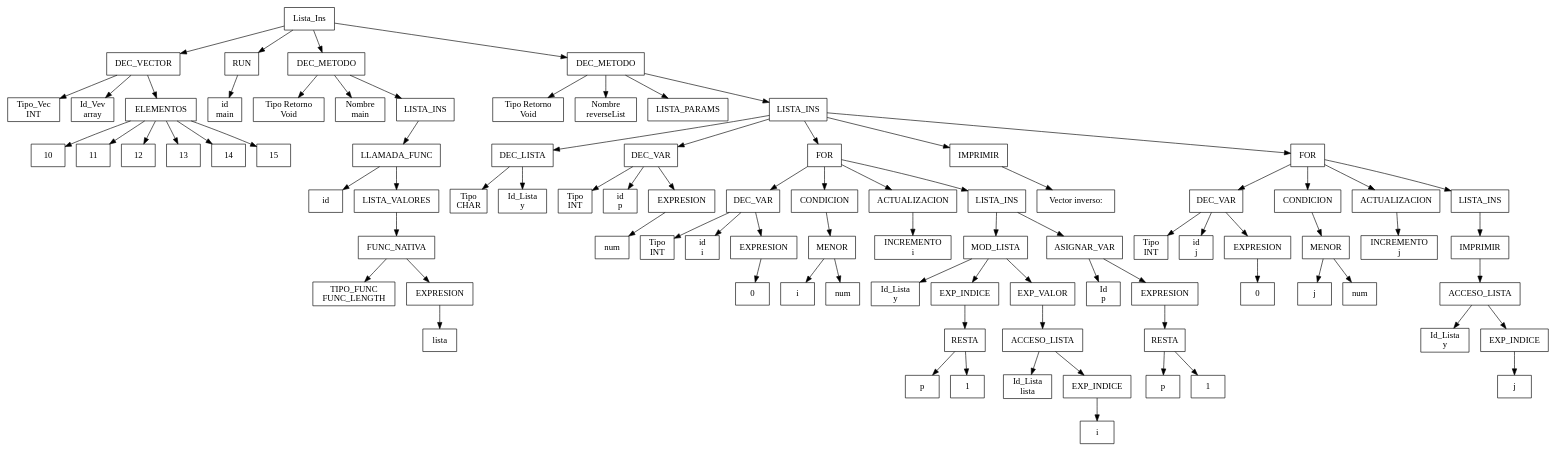
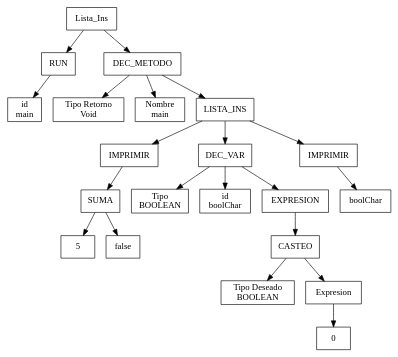
The diagram in client/src/Imagenes/ast.dot (Mariocrv208/Compilado-React), drawn with Graphviz before and after one commit. The commit also changed 9 other files, not shown here.

```diff
--- a/client/src/Imagenes/ast.dot
+++ b/client/src/Imagenes/ast.dot
@@ -1,199 +1,51 @@
 digraph arbolAst { 
 rankdir = "TB"; 
 node[shape = box] 
 nodo0[label="Lista_Ins"] 
-nodo32[label="DEC_VECTOR"] 
-nodo0 -> nodo32
-nodo33[label="Tipo_Vec 
-INT"] 
-nodo32 -> nodo33
-nodo34[label="Id_Vev 
-array"] 
-nodo32 -> nodo34
-nodo35[label="ELEMENTOS"] 
-nodo32 -> nodo35
-nodo20[label="10"] 
-nodo35 -> nodo20
-nodo22[label="11"] 
-nodo35 -> nodo22
-nodo24[label="12"] 
-nodo35 -> nodo24
-nodo26[label="13"] 
-nodo35 -> nodo26
-nodo28[label="14"] 
-nodo35 -> nodo28
-nodo30[label="15"] 
-nodo35 -> nodo30
-nodo62[label="RUN"] 
-nodo0 -> nodo62
-nodo63[label="id 
+nodo124[label="RUN"] 
+nodo0 -> nodo124
+nodo125[label="id 
 main"] 
-nodo62 -> nodo63
-nodo79[label="DEC_METODO"] 
-nodo0 -> nodo79
-nodo80[label="Tipo Retorno 
+nodo124 -> nodo125
+nodo156[label="DEC_METODO"] 
+nodo0 -> nodo156
+nodo157[label="Tipo Retorno 
 Void"] 
-nodo79 -> nodo80
-nodo81[label="Nombre 
+nodo156 -> nodo157
+nodo158[label="Nombre 
 main"] 
-nodo79 -> nodo81
-nodo83[label="LISTA_INS"] 
-nodo79 -> nodo83
-nodo74[label="LLAMADA_FUNC"] 
-nodo83 -> nodo74
-nodo75[label="id"] 
-nodo74 -> nodo75
-nodo76[label="LISTA_VALORES"] 
-nodo74 -> nodo76
-nodo69[label="FUNC_NATIVA"] 
-nodo76 -> nodo69
-nodo70[label="TIPO_FUNC 
-FUNC_LENGTH"] 
-nodo69 -> nodo70
-nodo71[label="EXPRESION"] 
-nodo69 -> nodo71
-nodo67[label="lista"] 
-nodo71 -> nodo67
-nodo216[label="DEC_METODO"] 
-nodo0 -> nodo216
-nodo217[label="Tipo Retorno 
-Void"] 
-nodo216 -> nodo217
-nodo218[label="Nombre 
-reverseList"] 
-nodo216 -> nodo218
-nodo219[label="LISTA_PARAMS"] 
-nodo216 -> nodo219
-nodo220[label="LISTA_INS"] 
-nodo216 -> nodo220
-nodo90[label="DEC_LISTA"] 
-nodo220 -> nodo90
-nodo91[label="Tipo 
-CHAR"] 
-nodo90 -> nodo91
-nodo92[label="Id_Lista 
-y"] 
-nodo90 -> nodo92
-nodo104[label="DEC_VAR"] 
-nodo220 -> nodo104
-nodo105[label="Tipo 
-INT"] 
-nodo104 -> nodo105
-nodo106[label="id 
-p"] 
-nodo104 -> nodo106
-nodo107[label="EXPRESION"] 
-nodo104 -> nodo107
-nodo102[label="num"] 
-nodo107 -> nodo102
-nodo160[label="FOR"] 
-nodo220 -> nodo160
-nodo111[label="DEC_VAR"] 
-nodo160 -> nodo111
-nodo112[label="Tipo 
-INT"] 
-nodo111 -> nodo112
-nodo113[label="id 
-i"] 
-nodo111 -> nodo113
-nodo114[label="EXPRESION"] 
-nodo111 -> nodo114
-nodo109[label="0"] 
-nodo114 -> nodo109
-nodo162[label="CONDICION"] 
-nodo160 -> nodo162
-nodo163[label="ACTUALIZACION"] 
-nodo160 -> nodo163
-nodo164[label="LISTA_INS"] 
-nodo160 -> nodo164
-nodo120[label="MENOR"] 
-nodo162 -> nodo120
-nodo116[label="i"] 
-nodo120 -> nodo116
-nodo118[label="num"] 
-nodo120 -> nodo118
-nodo123[label="INCREMENTO
-i"] 
-nodo163 -> nodo123
-nodo140[label="MOD_LISTA"] 
-nodo164 -> nodo140
-nodo141[label="Id_Lista 
-y"] 
-nodo140 -> nodo141
-nodo142[label="EXP_INDICE"] 
-nodo140 -> nodo142
-nodo143[label="EXP_VALOR"] 
-nodo140 -> nodo143
-nodo128[label="RESTA"] 
-nodo142 -> nodo128
-nodo124[label="p"] 
-nodo128 -> nodo124
-nodo126[label="1"] 
-nodo128 -> nodo126
-nodo133[label="ACCESO_LISTA"] 
-nodo143 -> nodo133
-nodo134[label="Id_Lista 
-lista"] 
-nodo133 -> nodo134
-nodo135[label="EXP_INDICE"] 
-nodo133 -> nodo135
-nodo131[label="i"] 
-nodo135 -> nodo131
-nodo156[label="ASIGNAR_VAR"] 
-nodo164 -> nodo156
-nodo157[label="Id 
-p"] 
-nodo156 -> nodo157
-nodo158[label="EXPRESION"] 
 nodo156 -> nodo158
-nodo153[label="RESTA"] 
-nodo158 -> nodo153
-nodo149[label="p"] 
-nodo153 -> nodo149
-nodo151[label="1"] 
+nodo160[label="LISTA_INS"] 
+nodo156 -> nodo160
+nodo136[label="IMPRIMIR"] 
+nodo160 -> nodo136
+nodo133[label="SUMA"] 
+nodo136 -> nodo133
+nodo129[label="5"] 
+nodo133 -> nodo129
+nodo131[label="false"] 
+nodo133 -> nodo131
+nodo146[label="DEC_VAR"] 
+nodo160 -> nodo146
+nodo147[label="Tipo 
+BOOLEAN"] 
+nodo146 -> nodo147
+nodo148[label="id 
+boolChar"] 
+nodo146 -> nodo148
+nodo149[label="EXPRESION"] 
+nodo146 -> nodo149
+nodo141[label="CASTEO"] 
+nodo149 -> nodo141
+nodo142[label="Tipo Deseado 
+BOOLEAN"] 
+nodo141 -> nodo142
+nodo143[label="Expresion"] 
+nodo141 -> nodo143
+nodo139[label="0"] 
+nodo143 -> nodo139
+nodo153[label="IMPRIMIR"] 
+nodo160 -> nodo153
+nodo151[label="boolChar"] 
 nodo153 -> nodo151
-nodo174[label="IMPRIMIR"] 
-nodo220 -> nodo174
-nodo172[label="Vector inverso:"] 
-nodo174 -> nodo172
-nodo204[label="FOR"] 
-nodo220 -> nodo204
-nodo179[label="DEC_VAR"] 
-nodo204 -> nodo179
-nodo180[label="Tipo 
-INT"] 
-nodo179 -> nodo180
-nodo181[label="id 
-j"] 
-nodo179 -> nodo181
-nodo182[label="EXPRESION"] 
-nodo179 -> nodo182
-nodo177[label="0"] 
-nodo182 -> nodo177
-nodo206[label="CONDICION"] 
-nodo204 -> nodo206
-nodo207[label="ACTUALIZACION"] 
-nodo204 -> nodo207
-nodo208[label="LISTA_INS"] 
-nodo204 -> nodo208
-nodo188[label="MENOR"] 
-nodo206 -> nodo188
-nodo184[label="j"] 
-nodo188 -> nodo184
-nodo186[label="num"] 
-nodo188 -> nodo186
-nodo191[label="INCREMENTO
-j"] 
-nodo207 -> nodo191
-nodo201[label="IMPRIMIR"] 
-nodo208 -> nodo201
-nodo194[label="ACCESO_LISTA"] 
-nodo201 -> nodo194
-nodo195[label="Id_Lista 
-y"] 
-nodo194 -> nodo195
-nodo196[label="EXP_INDICE"] 
-nodo194 -> nodo196
-nodo192[label="j"] 
-nodo196 -> nodo192
 }
```
